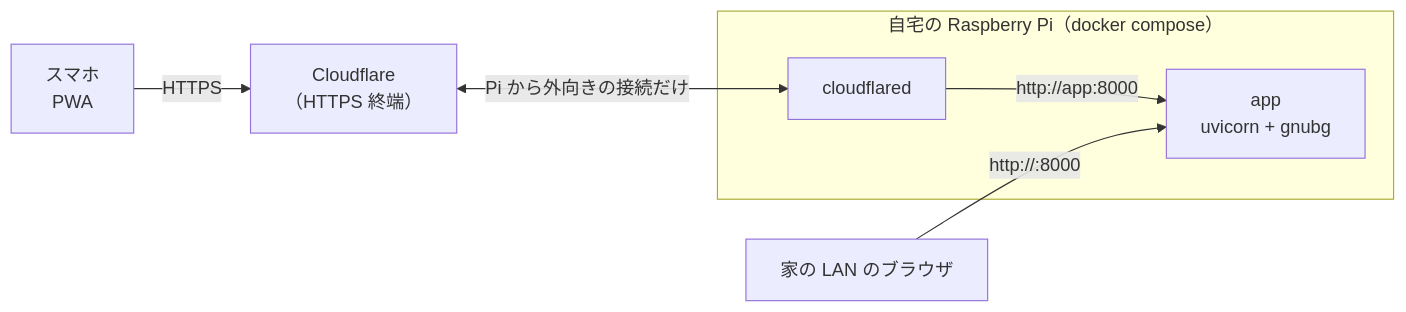
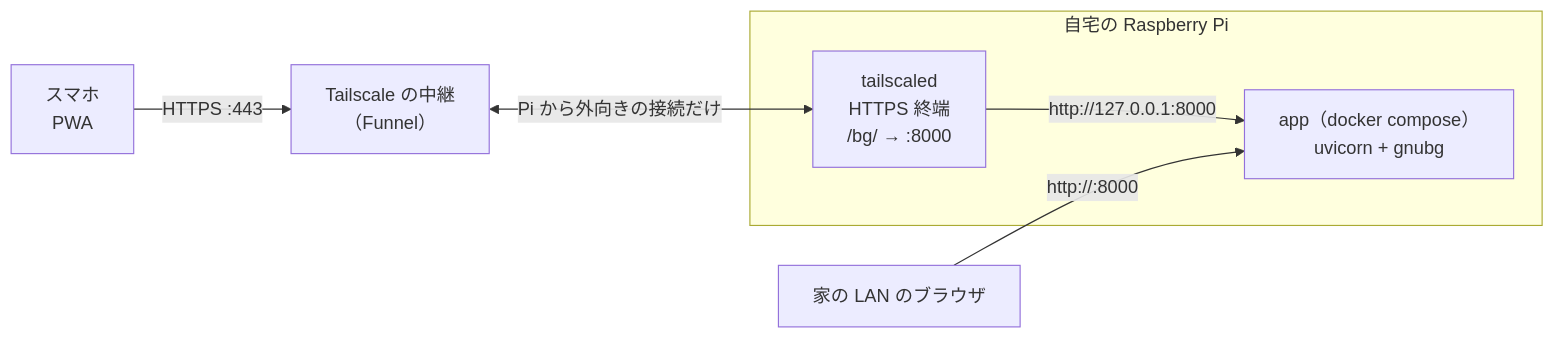
Before and after one commit to ytani01/bganalyzer: the diagram in docs/raspi.md, drawn with Mermaid. The commit also changed other lines of this file and 11 other files, not shown here.

First line of the commit message:
公開を Tailscale Funnel に切り替え、PWA を /bg/ などのパスの下でも動くようにする

````diff
--- a/docs/raspi.md
+++ b/docs/raspi.md
@@ -6,9 +6,9 @@
 ```mermaid
 flowchart LR
-    phone["スマホ<br/>PWA"] -- "HTTPS" --> cf["Cloudflare<br/>（HTTPS 終端）"]
-    subgraph pi["自宅の Raspberry Pi（docker compose）"]
-        tunnel["cloudflared"] -- "http://app:8000" --> app["app<br/>uvicorn + gnubg"]
+    phone["スマホ<br/>PWA"] -- "HTTPS :443" --> ts["Tailscale の中継<br/>（Funnel）"]
+    subgraph pi["自宅の Raspberry Pi"]
+        tsd["tailscaled<br/>HTTPS 終端<br/>/bg/ → :8000"] -- "http://127.0.0.1:8000" --> app["app（docker compose）<br/>uvicorn + gnubg"]
     end
-    cf <-- "Pi から外向きの接続だけ" --> tunnel
+    ts <-- "Pi から外向きの接続だけ" --> tsd
     lan["家の LAN のブラウザ"] -- "http://<PiのIP>:8000" --> app
 ```
````
